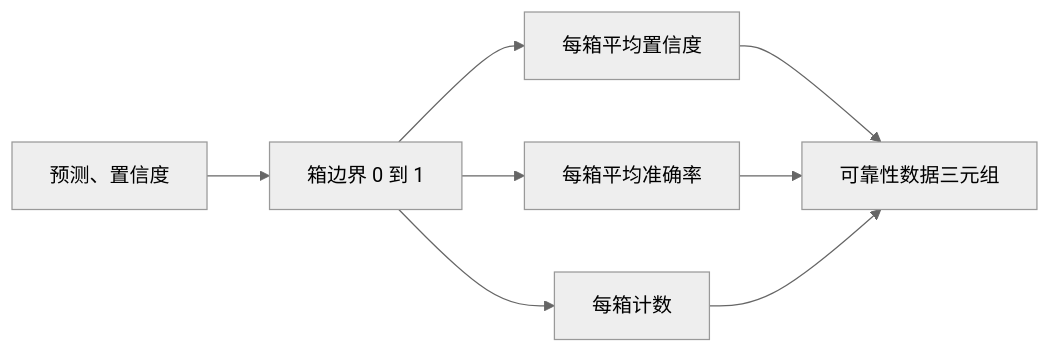
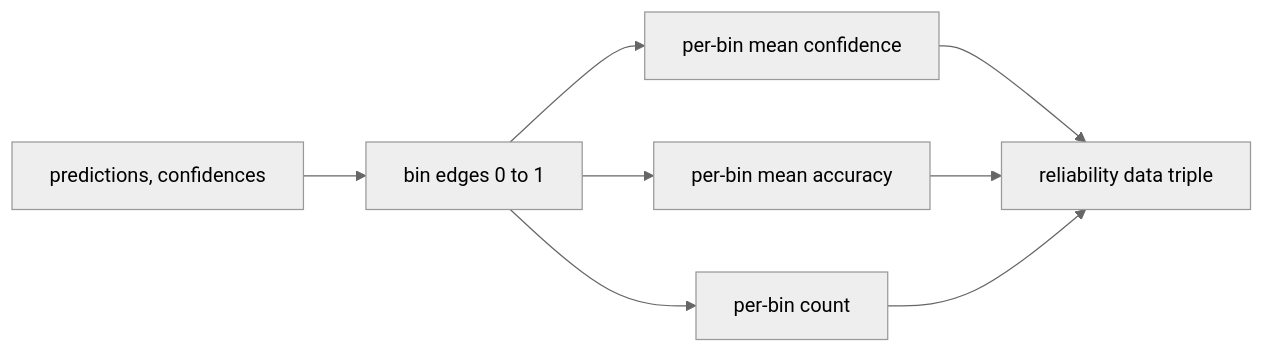
The second of 2 diagrams in i18n/zh/phases/19-capstone-projects/73-perplexity-calibration/docs/zh.md (xiaojiaenen/ai-engineering-from-scratch-zh), drawn with Mermaid (neutral theme) before and after one commit. The commit also changed other lines of this file and 85 other files, not shown here.

````diff
--- a/i18n/zh/phases/19-capstone-projects/73-perplexity-calibration/docs/zh.md
+++ b/i18n/zh/phases/19-capstone-projects/73-perplexity-calibration/docs/zh.md
@@ -69,10 +69,10 @@
 ```mermaid
 flowchart LR
-    A[预测、置信度] --> B[箱边界 0 到 1]
-    B --> C[每箱平均置信度]
-    B --> D[每箱平均准确率]
-    B --> E[每箱计数]
-    C --> R[可靠性数据三元组]
+    A[predictions, confidences] --> B[bin edges 0 to 1]
+    B --> C[per-bin mean confidence]
+    B --> D[per-bin mean accuracy]
+    B --> E[per-bin count]
+    C --> R[reliability data triple]
     D --> R
     E --> R
 ```
````
